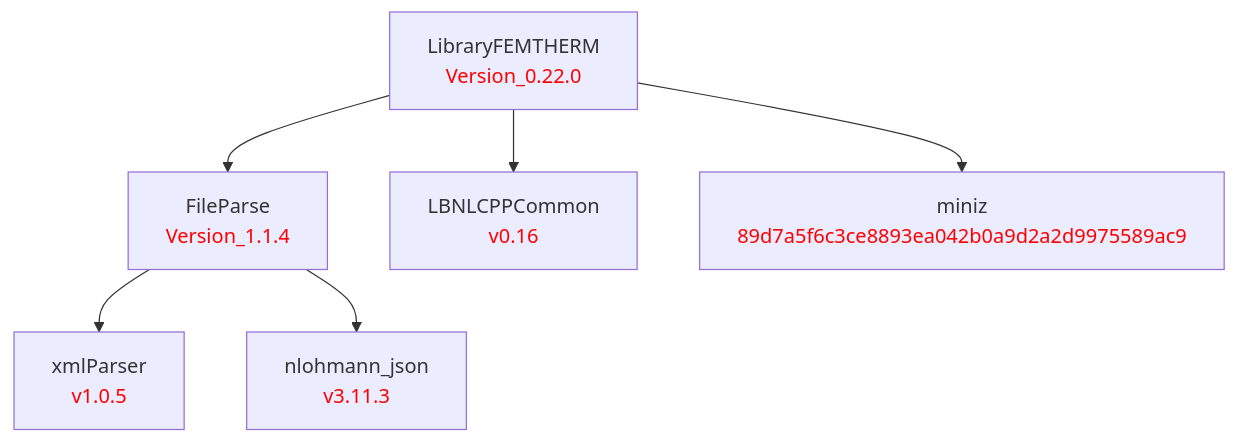
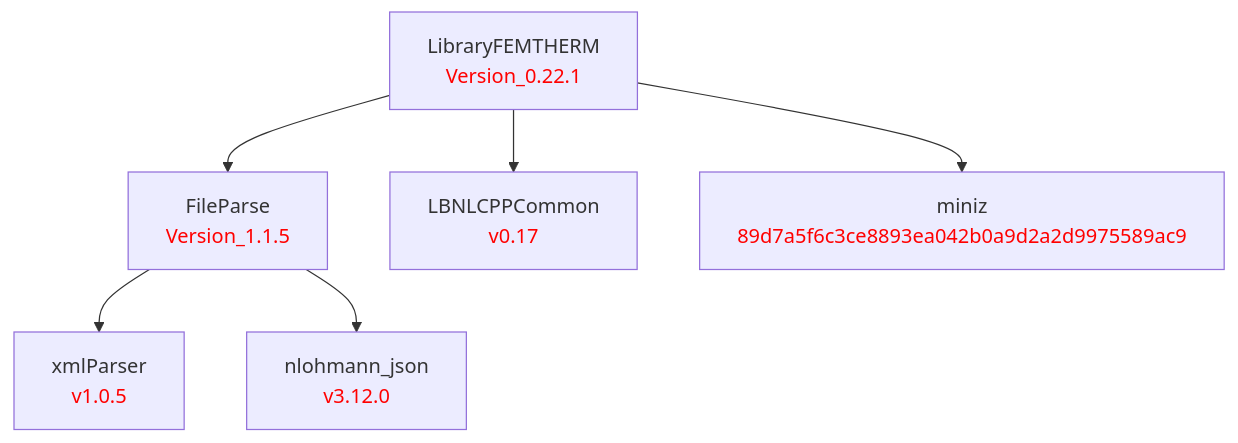
The diagram in doc/LibraryFEMTHERM.md (LBNL-ETA/LibraryFEMTherm), drawn with Mermaid before and after one commit. The commit also changed 3 other files, not shown here.

Commit message:
Bump to Version_0.22.1; LBNLCPPCommon v0.17, FileParse Version_1.1.5, googletest 1.17.0; refresh dep chart

````diff
--- a/doc/LibraryFEMTHERM.md
+++ b/doc/LibraryFEMTHERM.md
@@ -1,17 +1,17 @@
 ```mermaid
 graph TD
     %% Package definitions
     xmlParser[xmlParser<br/><font color='red'>v1.0.5</font>]
-    nlohmann_json[nlohmann_json<br/><font color='red'>v3.11.3</font>]
-    FileParse[FileParse<br/><font color='red'>Version_1.1.4</font>]
-    LBNLCPPCommon[LBNLCPPCommon<br/><font color='red'>v0.16</font>]
+    nlohmann_json[nlohmann_json<br/><font color='red'>v3.12.0</font>]
+    FileParse[FileParse<br/><font color='red'>Version_1.1.5</font>]
+    LBNLCPPCommon[LBNLCPPCommon<br/><font color='red'>v0.17</font>]
     miniz[miniz<br/><font color='red'>89d7a5f6c3ce8893ea042b0a9d2a2d9975589ac9</font>]
-    LibraryFEMTHERM[LibraryFEMTHERM<br/><font color='red'>Version_0.22.0</font>]
+    LibraryFEMTHERM[LibraryFEMTHERM<br/><font color='red'>Version_0.22.1</font>]
 
     %% Package relations
     LibraryFEMTHERM --> FileParse
     LibraryFEMTHERM --> LBNLCPPCommon
     LibraryFEMTHERM --> miniz
     FileParse --> xmlParser
     FileParse --> nlohmann_json
 ```
````
